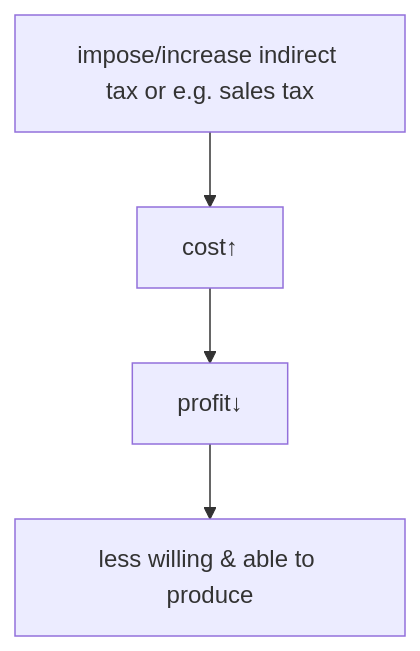
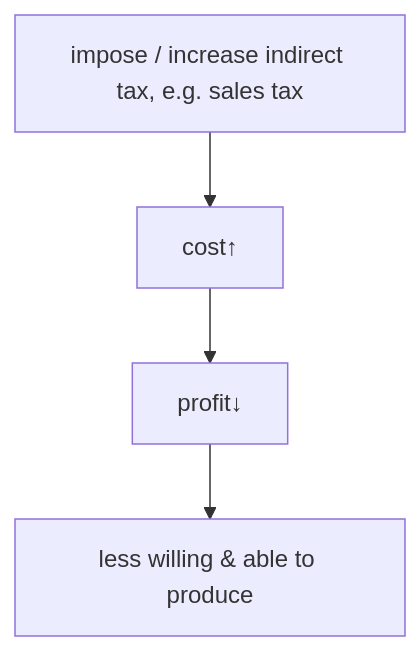
The second of 6 diagrams in Economics/2. The Allocation of Resources/2.3 Supply.md (xin1z/IGCSE-Notes), drawn with Mermaid before and after one commit. The commit also changed other lines of this file and 2 other files, not shown here.

````diff
--- a/Economics/2. The Allocation of Resources/2.3 Supply.md
+++ b/Economics/2. The Allocation of Resources/2.3 Supply.md
@@ -58,7 +58,7 @@
 ```mermaid
 flowchart TD
-A[impose/increase indirect tax or e.g. sales tax]
+A[impose / increase indirect tax, e.g. sales tax]
 	A --> B[cost&uarr;]
 	B --> C[profit&darr;]
 	C --> D[less willing & able to produce]
 ```
````
